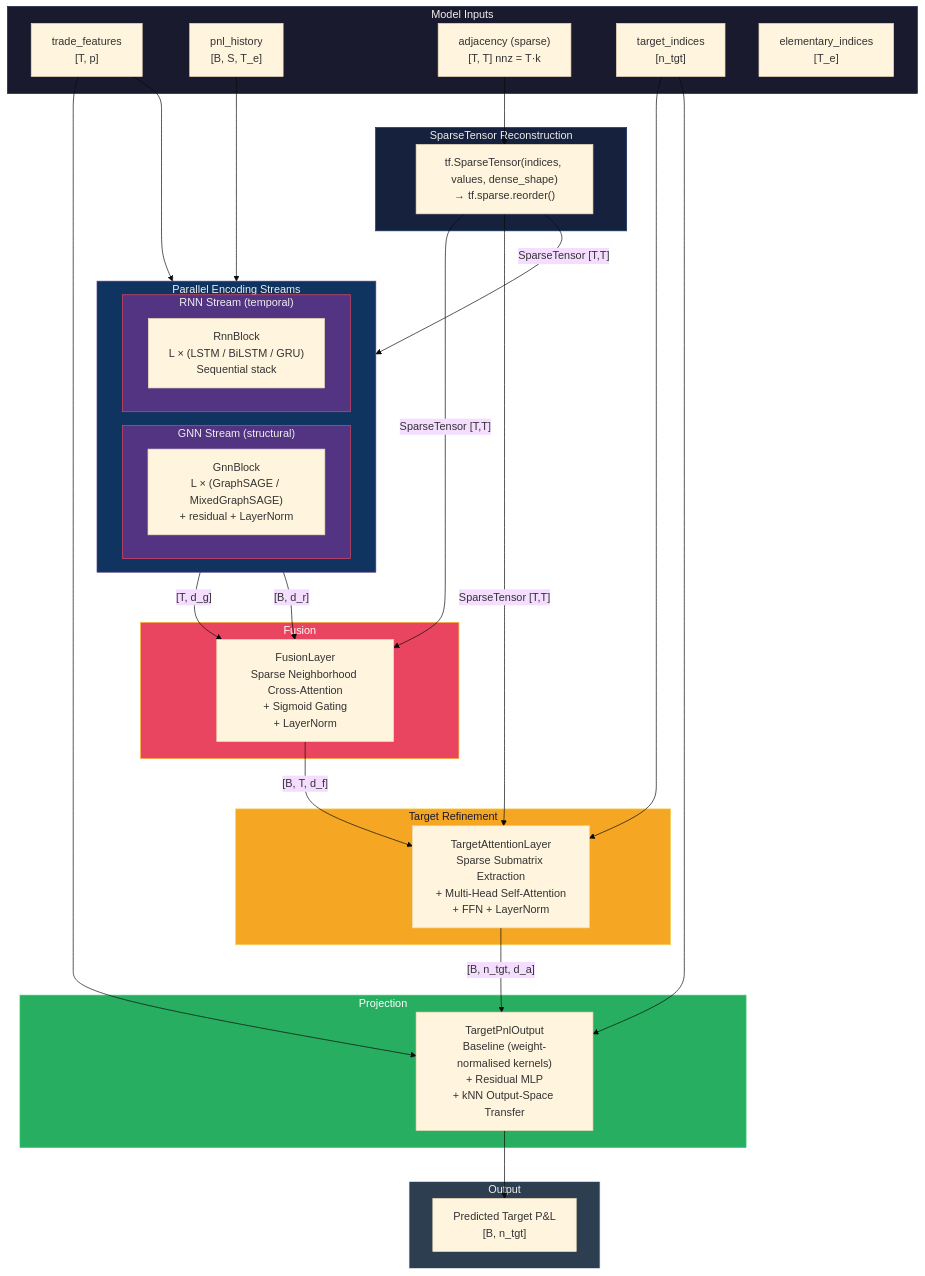
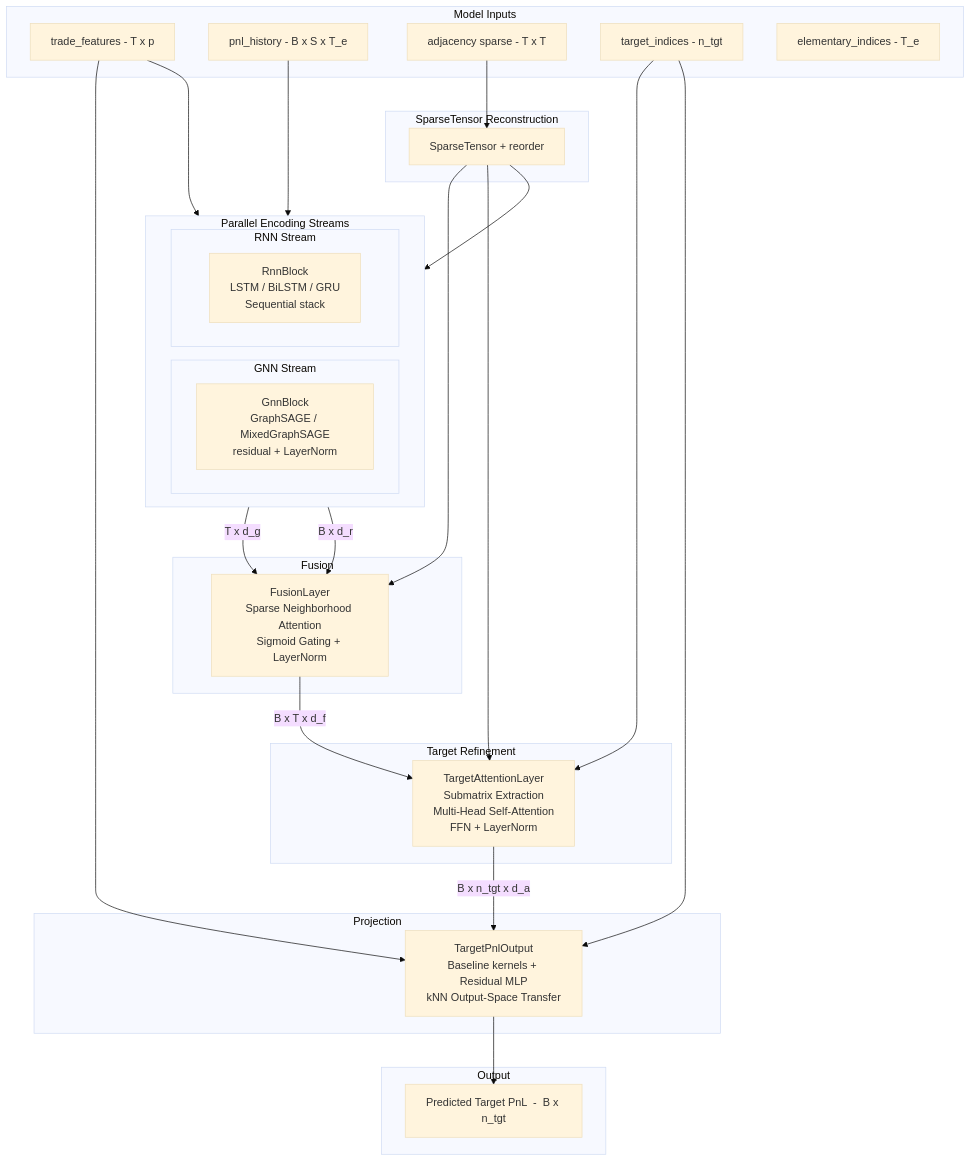
The first of 3 diagrams in src/rade_ml/models/hybrid_gnn_rnn/README.md (JStevens95/QuantStrata), drawn with Mermaid (base theme) before and after one commit. The commit also changed other lines of this file, not shown here.

Commit message:
Refine README.md for HybridGnnRnn model documentation
- Updated model input descriptions for clarity, including dimensionality and formatting improvements.
- Simplified terminology in the architecture diagrams to enhance readability and understanding.
- Streamlined the data pipeline workflow section for better organization and clarity in the preprocessing steps.

````diff
--- a/src/rade_ml/models/hybrid_gnn_rnn/README.md
+++ b/src/rade_ml/models/hybrid_gnn_rnn/README.md
@@ -111,69 +111,59 @@
 ```mermaid
 flowchart TB
     subgraph inputs ["Model Inputs"]
-        TF["trade_features<br/>[T, p]"]
-        PH["pnl_history<br/>[B, S, T_e]"]
-        ADJ["adjacency (sparse)<br/>[T, T]  nnz = T·k"]
-        TI["target_indices<br/>[n_tgt]"]
-        EI["elementary_indices<br/>[T_e]"]
+        TF["trade_features  -  T x p"]
+        PH["pnl_history  -  B x S x T_e"]
+        ADJ["adjacency sparse  -  T x T"]
+        TI["target_indices  -  n_tgt"]
+        EI["elementary_indices  -  T_e"]
     end
 
     subgraph reconstruct ["SparseTensor Reconstruction"]
-        RECON["tf.SparseTensor(indices, values, dense_shape)<br/>→ tf.sparse.reorder()"]
+        RECON["SparseTensor + reorder"]
     end
 
     subgraph parallel ["Parallel Encoding Streams"]
         direction LR
-        subgraph gnn_stream ["GNN Stream  (structural)"]
-            GNN["GnnBlock<br/>L × (GraphSAGE / MixedGraphSAGE)<br/>+ residual + LayerNorm"]
+        subgraph gnn_stream ["GNN Stream"]
+            GNN["GnnBlock<br/>GraphSAGE / MixedGraphSAGE<br/>residual + LayerNorm"]
         end
-        subgraph rnn_stream ["RNN Stream  (temporal)"]
-            RNN["RnnBlock<br/>L × (LSTM / BiLSTM / GRU)<br/>Sequential stack"]
+        subgraph rnn_stream ["RNN Stream"]
+            RNN["RnnBlock<br/>LSTM / BiLSTM / GRU<br/>Sequential stack"]
         end
     end
 
     subgraph fusion_block ["Fusion"]
-        FUSE["FusionLayer<br/>Sparse Neighborhood Cross-Attention<br/>+ Sigmoid Gating<br/>+ LayerNorm"]
+        FUSE["FusionLayer<br/>Sparse Neighborhood Attention<br/>Sigmoid Gating + LayerNorm"]
     end
 
     subgraph attn_block ["Target Refinement"]
-        ATTN["TargetAttentionLayer<br/>Sparse Submatrix Extraction<br/>+ Multi-Head Self-Attention<br/>+ FFN + LayerNorm"]
+        ATTN["TargetAttentionLayer<br/>Submatrix Extraction<br/>Multi-Head Self-Attention<br/>FFN + LayerNorm"]
     end
 
     subgraph proj_block ["Projection"]
-        PROJ["TargetPnlOutput<br/>Baseline (weight-normalised kernels)<br/>+ Residual MLP<br/>+ kNN Output-Space Transfer"]
+        PROJ["TargetPnlOutput<br/>Baseline kernels + Residual MLP<br/>kNN Output-Space Transfer"]
     end
 
     subgraph output ["Output"]
-        OUT["Predicted Target P&L<br/>[B, n_tgt]"]
+        OUT["Predicted Target PnL  -  B x n_tgt"]
     end
 
     ADJ --> RECON
-    RECON -->|"SparseTensor [T,T]"| GNN
+    RECON --> GNN
     TF --> GNN
     PH --> RNN
 
-    GNN -->|"[T, d_g]"| FUSE
-    RNN -->|"[B, d_r]"| FUSE
-    RECON -->|"SparseTensor [T,T]"| FUSE
+    GNN -->|"T x d_g"| FUSE
+    RNN -->|"B x d_r"| FUSE
+    RECON --> FUSE
 
-    FUSE -->|"[B, T, d_f]"| ATTN
+    FUSE -->|"B x T x d_f"| ATTN
     TI --> ATTN
-    RECON -->|"SparseTensor [T,T]"| ATTN
+    RECON --> ATTN
 
-    ATTN -->|"[B, n_tgt, d_a]"| PROJ
+    ATTN -->|"B x n_tgt x d_a"| PROJ
     TF --> PROJ
     TI --> PROJ
 
     PROJ --> OUT
-
-    style inputs fill:#1a1a2e,stroke:#16213e,color:#eee
-    style reconstruct fill:#16213e,stroke:#0f3460,color:#eee
-    style parallel fill:#0f3460,stroke:#533483,color:#eee
-    style gnn_stream fill:#533483,stroke:#e94560,color:#eee
-    style rnn_stream fill:#533483,stroke:#e94560,color:#eee
-    style fusion_block fill:#e94560,stroke:#f5a623,color:#fff
-    style attn_block fill:#f5a623,stroke:#f7dc6f,color:#1a1a2e
-    style proj_block fill:#27ae60,stroke:#2ecc71,color:#fff
-    style output fill:#2c3e50,stroke:#ecf0f1,color:#eee
 ```
````
